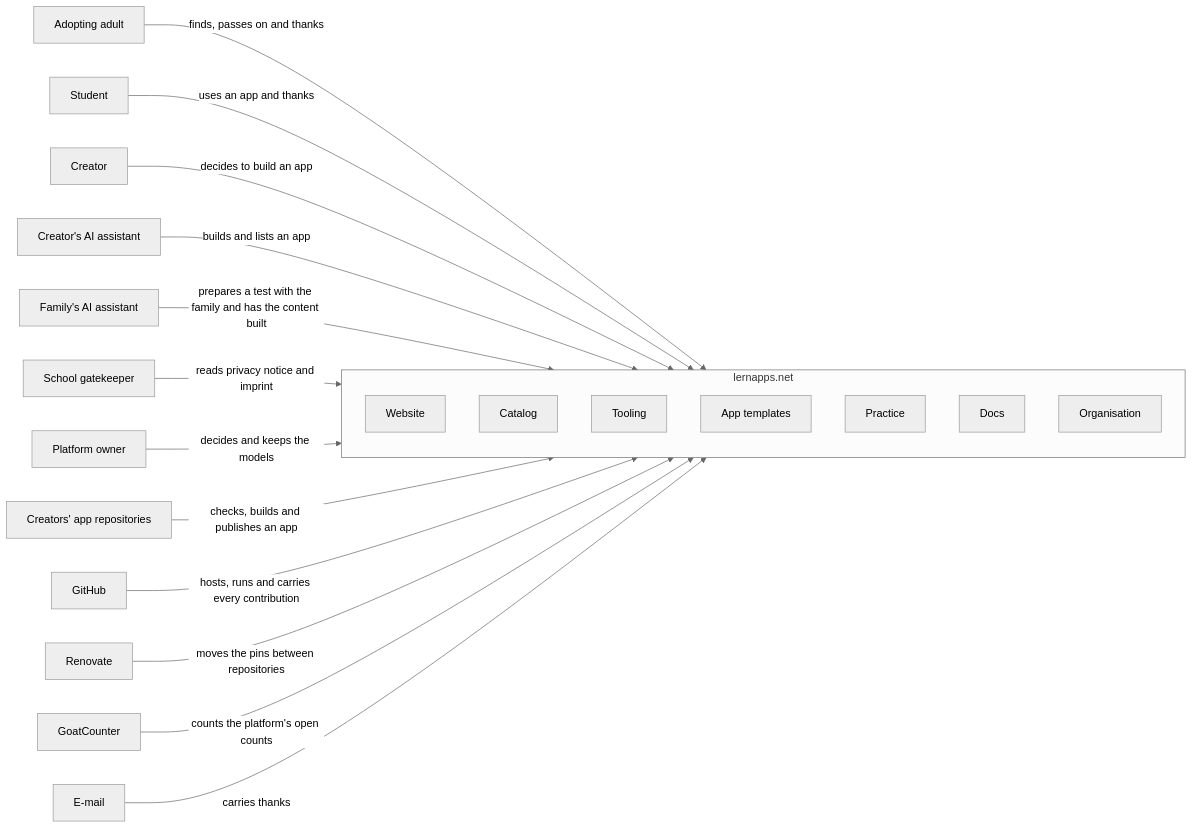
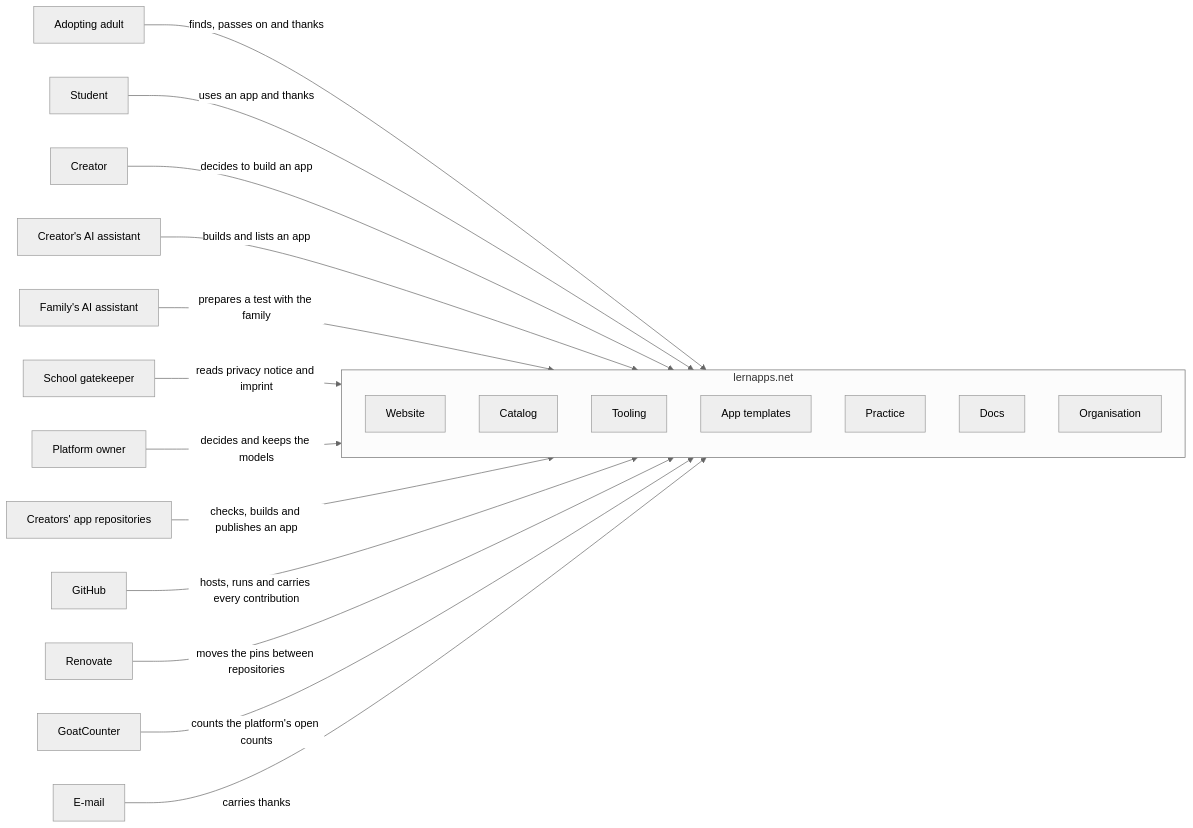
The diagram in docs/arc42/03-system-context.arc42.md (lernapps/docs), drawn with Mermaid (neutral theme) before and after one commit. The commit also changed other lines of this file and 7 other files, not shown here.

````diff
--- a/docs/arc42/03-system-context.arc42.md
+++ b/docs/arc42/03-system-context.arc42.md
@@ -18,36 +18,36 @@
 ```mermaid
 flowchart LR
     actor-adopting-adult["Adopting adult"]
     actor-student["Student"]
     actor-creator["Creator"]
     actor-ai-assistant["Creator's AI assistant"]
     actor-family-assistant["Family's AI assistant"]
     actor-gatekeeper["School gatekeeper"]
     actor-platform-owner["Platform owner"]
     actor-app-repo-actions["Creators' app repositories"]
     actor-github["GitHub"]
     actor-renovate["Renovate"]
     actor-goatcounter["GoatCounter"]
     actor-email["E-mail"]
     subgraph system["lernapps.net"]
         bb-website["Website"]
         bb-catalog["Catalog"]
         bb-tooling["Tooling"]
         bb-app-templates["App templates"]
         bb-practice["Practice"]
         bb-docs["Docs"]
         bb-org["Organisation"]
     end
     actor-adopting-adult -->|"finds, passes on and thanks"| system
     actor-student -->|"uses an app and thanks"| system
     actor-creator -->|"decides to build an app"| system
     actor-ai-assistant -->|"builds and lists an app"| system
-    actor-family-assistant -->|"prepares a test with the family and has the content built"| system
+    actor-family-assistant -->|"prepares a test with the family"| system
     actor-gatekeeper -->|"reads privacy notice and imprint"| system
     actor-platform-owner -->|"decides and keeps the models"| system
     actor-app-repo-actions -->|"checks, builds and publishes an app"| system
     actor-github -->|"hosts, runs and carries every contribution"| system
     actor-renovate -->|"moves the pins between repositories"| system
     actor-goatcounter -->|"counts the platform's open counts"| system
     actor-email -->|"carries thanks"| system
 ```
````
